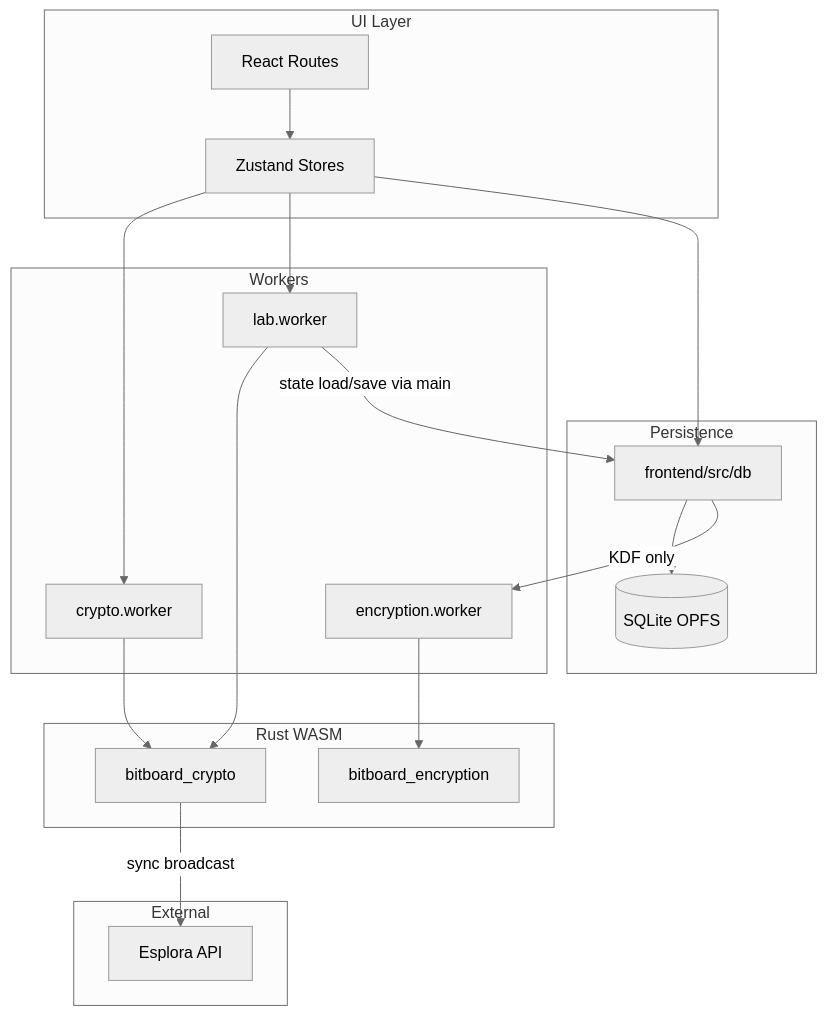
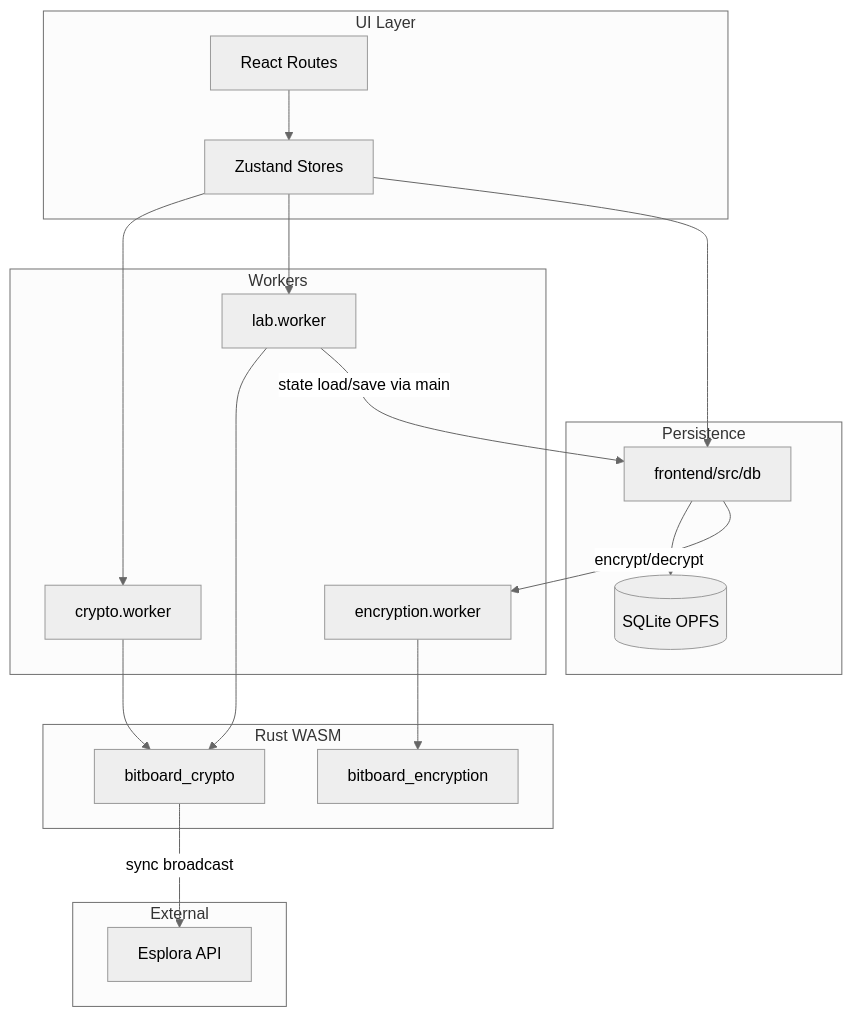
One commit to Radivis/bitboard-pwa-wallet changed the diagram in doc/ARCHITECTURE.md. Above: the diagram before and after it, drawn with Mermaid (neutral theme). The commit also changed other lines of this file and 7 other files, not shown here.

Commit message:
Moved encryptData and decryptData to encryptionWorker

````diff
--- a/doc/ARCHITECTURE.md
+++ b/doc/ARCHITECTURE.md
@@ -57,34 +57,34 @@
 ```mermaid
 flowchart TB
   subgraph ui [UI Layer]
     Routes[React Routes]
     Stores[Zustand Stores]
   end
   subgraph workers [Workers]
     CryptoWorker[crypto.worker]
     LabWorker[lab.worker]
     EncryptionWorker[encryption.worker]
   end
   subgraph rust [Rust WASM]
     WasmPkg[bitboard_crypto]
     EncryptionWasm[bitboard_encryption]
   end
   subgraph persistence [Persistence]
     Db[frontend/src/db]
     SQLite[(SQLite OPFS)]
   end
   subgraph external [External]
     Esplora[Esplora API]
   end
   Routes --> Stores
   Stores --> CryptoWorker
   Stores --> LabWorker
   CryptoWorker --> WasmPkg
   LabWorker --> WasmPkg
   EncryptionWorker --> EncryptionWasm
   Db --> SQLite
-  Db -->|"KDF only"| EncryptionWorker
+  Db -->|"encrypt/decrypt"| EncryptionWorker
   Stores --> Db
   LabWorker -->|"state load/save via main"| Db
   WasmPkg -->|"sync broadcast"| Esplora
 ```
````
